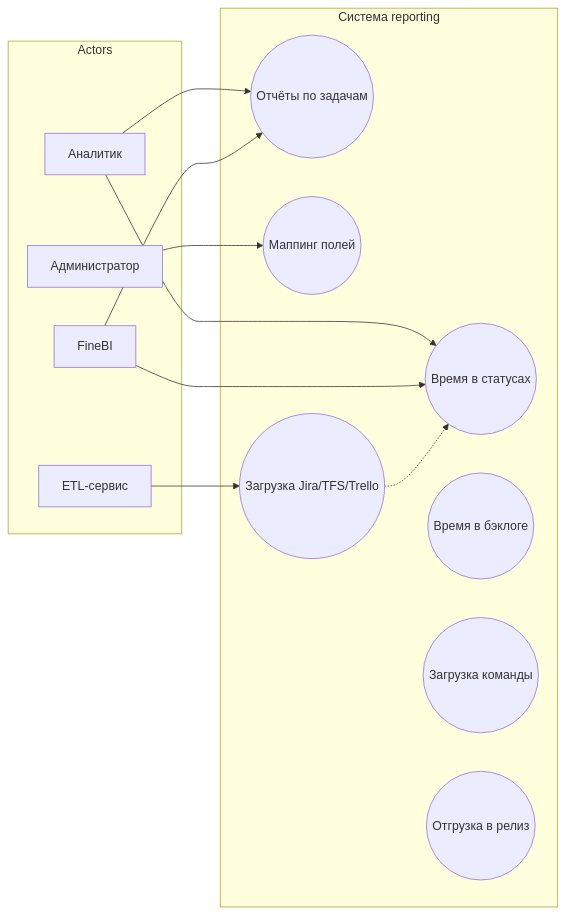
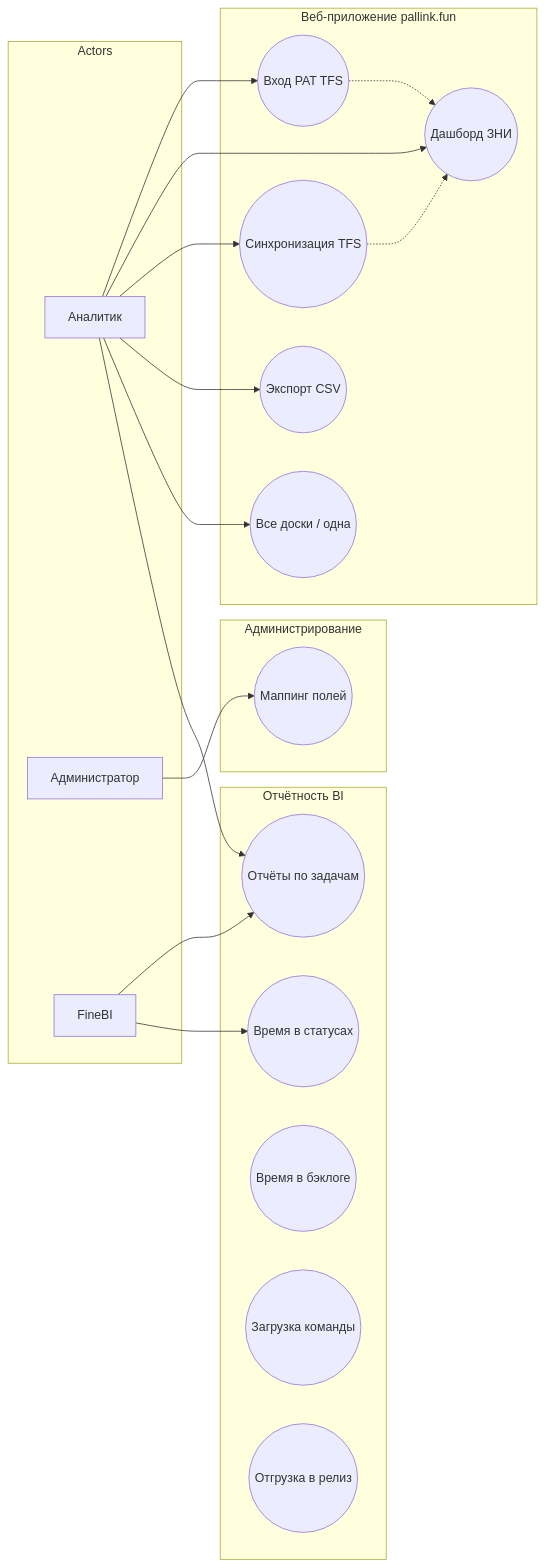
The fifth of 7 diagrams in docs/diagrams.md (volchonok16/reporting), drawn with Mermaid before and after one commit. The commit also changed other lines of this file and 15 other files, not shown here.

````diff
--- a/docs/diagrams.md
+++ b/docs/diagrams.md
@@ -121,27 +194,40 @@
 ```mermaid
 flowchart LR
     subgraph Actors
         A1[Аналитик]
         A2[Администратор]
-        A3[ETL-сервис]
         A4[FineBI]
     end
 
-    subgraph System["Система reporting"]
+    subgraph Web["Веб-приложение pallink.fun"]
+        UC_AUTH((Вход PAT TFS))
+        UC_DASH((Дашборд ЗНИ))
+        UC_SYNC((Синхронизация TFS))
+        UC_EXPORT((Экспорт CSV))
+        UC_BOARD((Все доски / одна))
+    end
+
+    subgraph BI["Отчётность BI"]
         UC1((Отчёты по задачам))
         UC2((Время в статусах))
         UC3((Время в бэклоге))
         UC4((Загрузка команды))
         UC5((Отгрузка в релиз))
-        UC6((Маппинг полей))
-        UC7((Загрузка Jira/TFS/Trello))
     end
 
+    subgraph Admin["Администрирование"]
+        UC6((Маппинг полей))
+    end
+
+    A1 --> UC_AUTH
+    A1 --> UC_DASH
+    A1 --> UC_SYNC
+    A1 --> UC_EXPORT
+    A1 --> UC_BOARD
     A1 --> UC1
-    A1 --> UC2
     A4 --> UC1
     A4 --> UC2
     A2 --> UC6
-    A3 --> UC7
-    UC7 -.-> UC2
+    UC_SYNC -.-> UC_DASH
+    UC_AUTH -.-> UC_DASH
 ```
````
